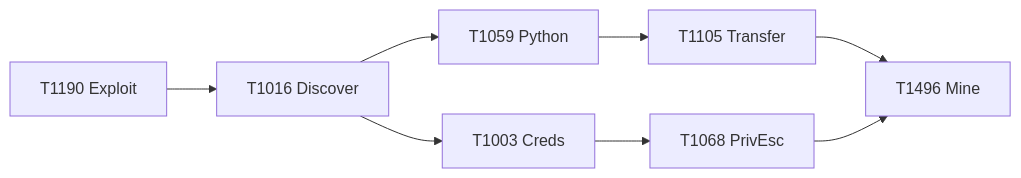
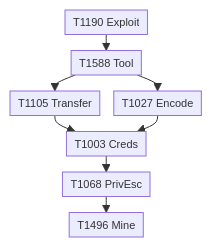
One commit to c2dc/sticks changed the third of 3 diagrams in presentation/slides.md. Above: the diagram before and after it, drawn with Mermaid. The commit also changed other lines of this file and 3 other files, not shown here.

````diff
--- a/presentation/slides.md
+++ b/presentation/slides.md
@@ -1092,10 +1066,11 @@
 ```mermaid
-flowchart LR
-  A["T1190 Exploit"] --> H["T1016 Discover"]
-  H --> I["T1059 Python"]
-  H --> C["T1003 Creds"]
-  I --> G["T1105 Transfer"]
+%%{init: {"flowchart": {"nodeSpacing": 14, "rankSpacing": 16, "padding": 4}, "themeVariables": {"fontSize": "11px"}}}%%
+flowchart TB
+  A["T1190 Exploit"] --> F["T1588 Tool"]
+  F --> G["T1105 Transfer"]
+  F --> B["T1027 Encode"]
+  G --> C["T1003 Creds"]
+  B --> C
   C --> D["T1068 PrivEsc"]
-  G --> E["T1496 Mine"]
-  D --> E
+  D --> E["T1496 Mine"]
 ```
````
